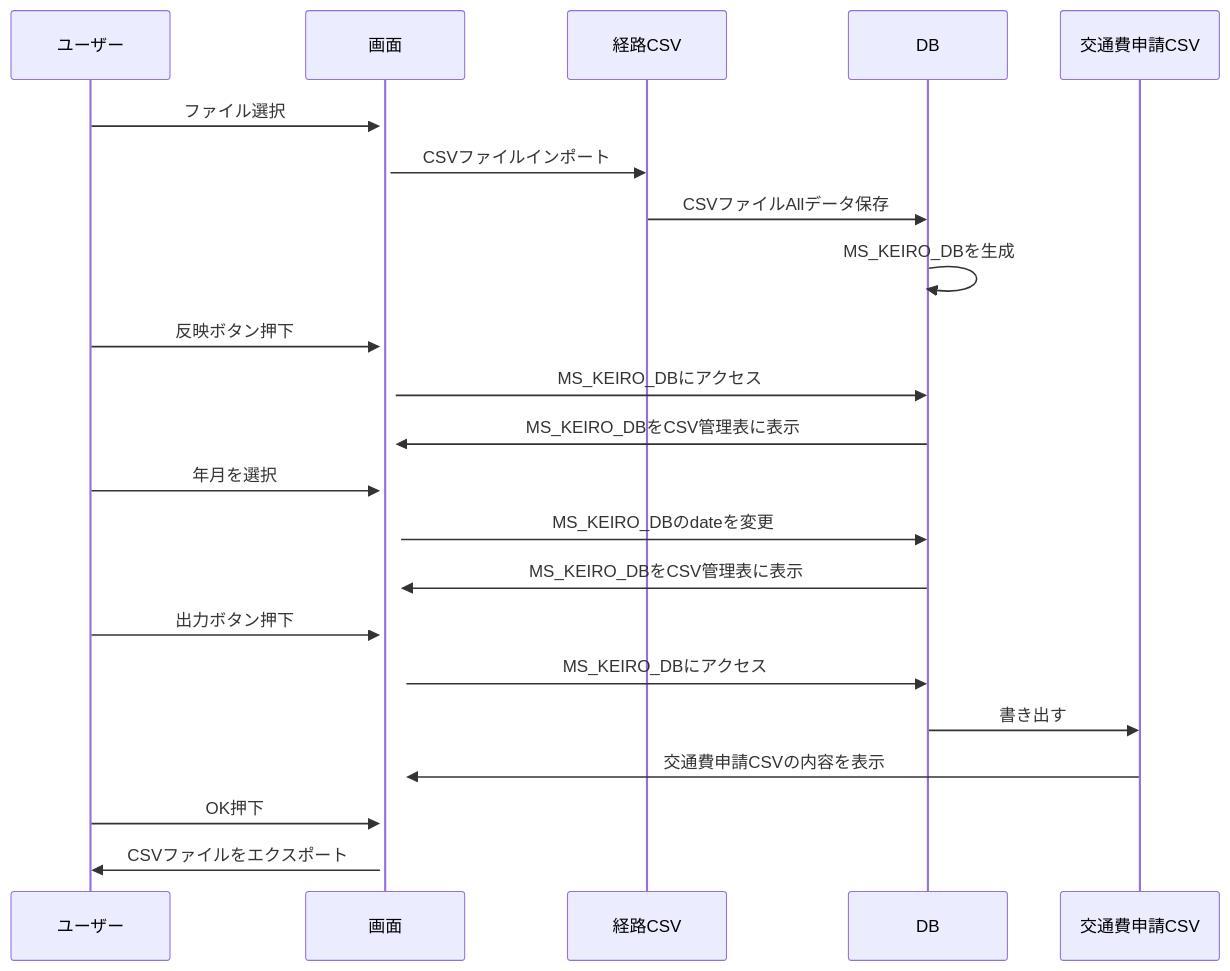
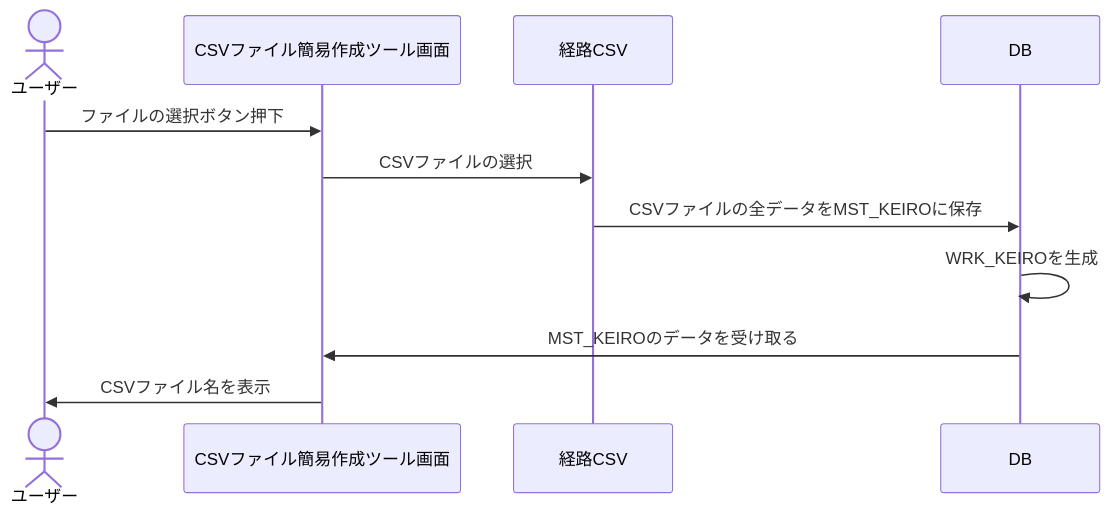
The second of 7 diagrams in AttrMF/document/CreateKeiro.md (brain-yuhei/CsvCreateTool), drawn with Mermaid before and after one commit. The commit also changed other lines of this file and 10 other files, not shown here.

````diff
--- a/AttrMF/document/CreateKeiro.md
+++ b/AttrMF/document/CreateKeiro.md
@@ -178,26 +283,15 @@
 ```mermaid
 sequenceDiagram
-participant 1 as ユーザー
-participant 2 as 画面
-participant 3 as 経路CSV
-participant 4 as DB
-participant 5 as 交通費申請CSV
+actor 1 as ユーザー
+participant 2 as CSVファイル簡易作成ツール画面
+participant 5 as 経路CSV
+participant 6 as DB
 
-1->>+2: ファイル選択
-2->>3: CSVファイルインポート
-3->>4: CSVファイルAllデータ保存
-4->>4: MS_KEIRO_DBを生成
-1->>+2: 反映ボタン押下
-2->>4: MS_KEIRO_DBにアクセス
-4->>2: MS_KEIRO_DBをCSV管理表に表示
-1->>+2: 年月を選択
-2->>4: MS_KEIRO_DBのdateを変更
-4->>2: MS_KEIRO_DBをCSV管理表に表示
-1->>+2: 出力ボタン押下
-2->>4: MS_KEIRO_DBにアクセス
-4->>5: 書き出す
-5->>2: 交通費申請CSVの内容を表示
-1->>+2: OK押下
-2->>1: CSVファイルをエクスポート
+1->>2: ファイルの選択ボタン押下
+2->>5: CSVファイルの選択
+5->>6: CSVファイルの全データをMST_KEIROに保存
+6->>6: WRK_KEIROを生成
+6->>2: MST_KEIROのデータを受け取る
+2->>1: CSVファイル名を表示
 
 ```
````
